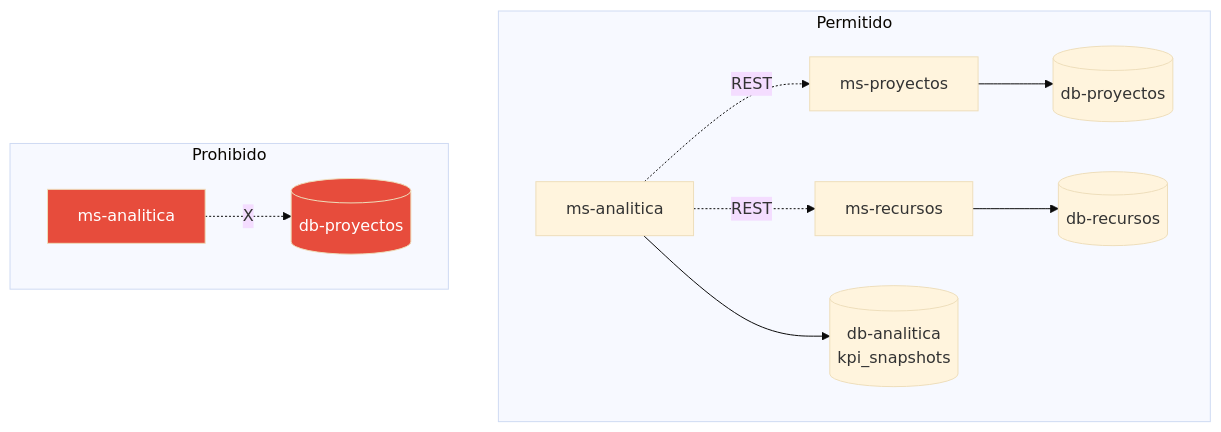
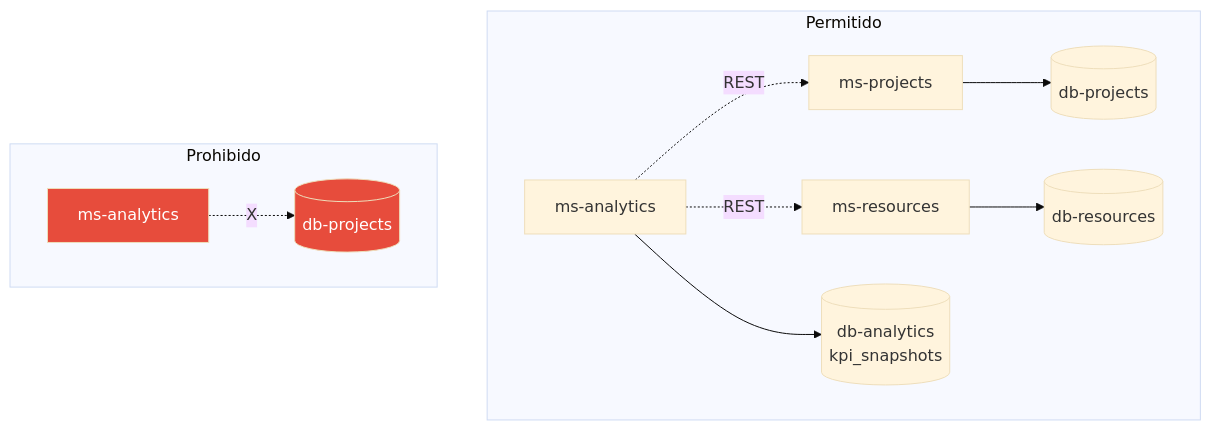
The seventh of 7 diagrams in README.md (najescobar-ui/innovatechSolutionNEEP_FS), drawn with Mermaid (base theme) before and after one commit. The commit also changed other lines of this file and 1 other file, not shown here.

````diff
--- a/README.md
+++ b/README.md
@@ -317,17 +317,17 @@
 ```mermaid
 graph TB
     subgraph "Permitido"
-        A1[ms-proyectos] --> D1[(db-proyectos)]
-        A2[ms-recursos] --> D2[(db-recursos)]
-        A3[ms-analitica] --> D3[(db-analitica<br/>kpi_snapshots)]
+        A1[ms-projects] --> D1[(db-projects)]
+        A2[ms-resources] --> D2[(db-resources)]
+        A3[ms-analytics] --> D3[(db-analytics<br/>kpi_snapshots)]
         A3 -.REST.-> A1
         A3 -.REST.-> A2
     end
 
     subgraph "Prohibido"
-        B1[ms-analitica] -.X.-> D4[(db-proyectos)]
+        B1[ms-analytics] -.X.-> D4[(db-projects)]
     end
 
     style B1 fill:#E74C3C,color:#fff
     style D4 fill:#E74C3C,color:#fff
 ```
````
